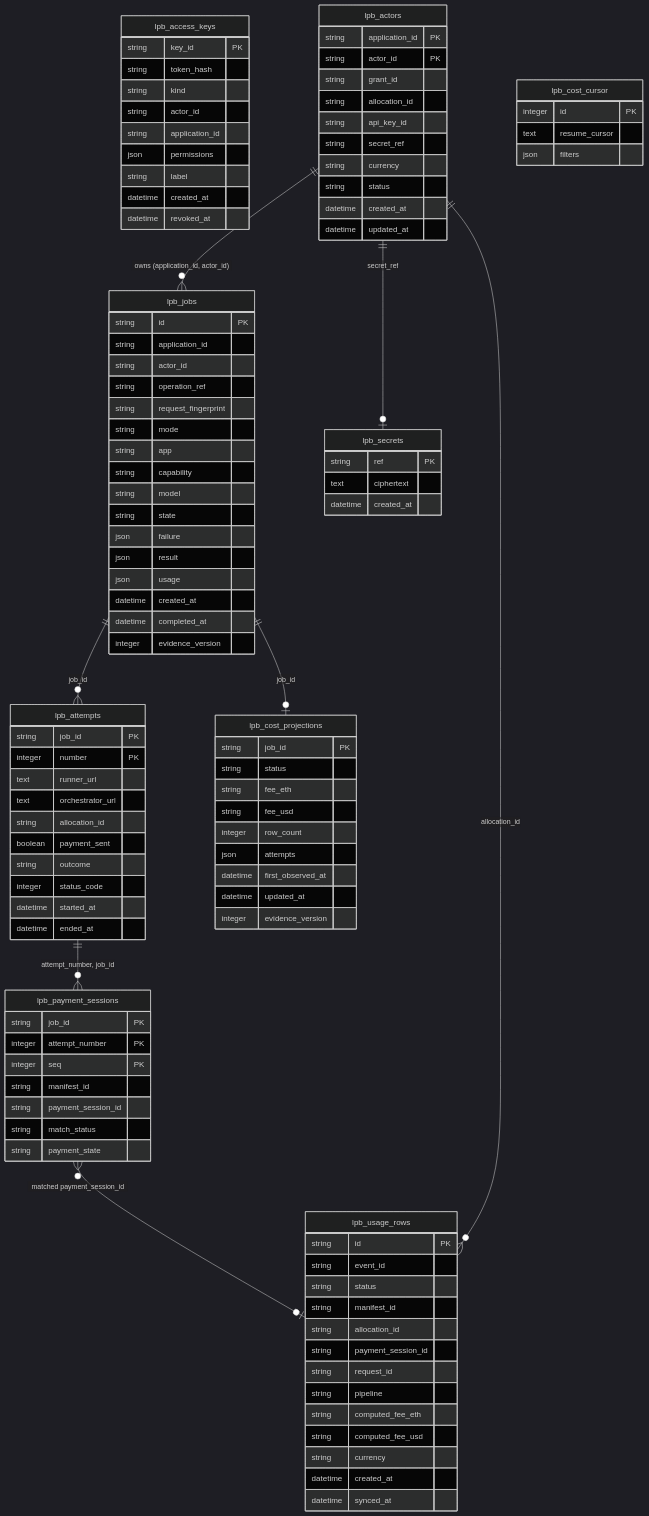
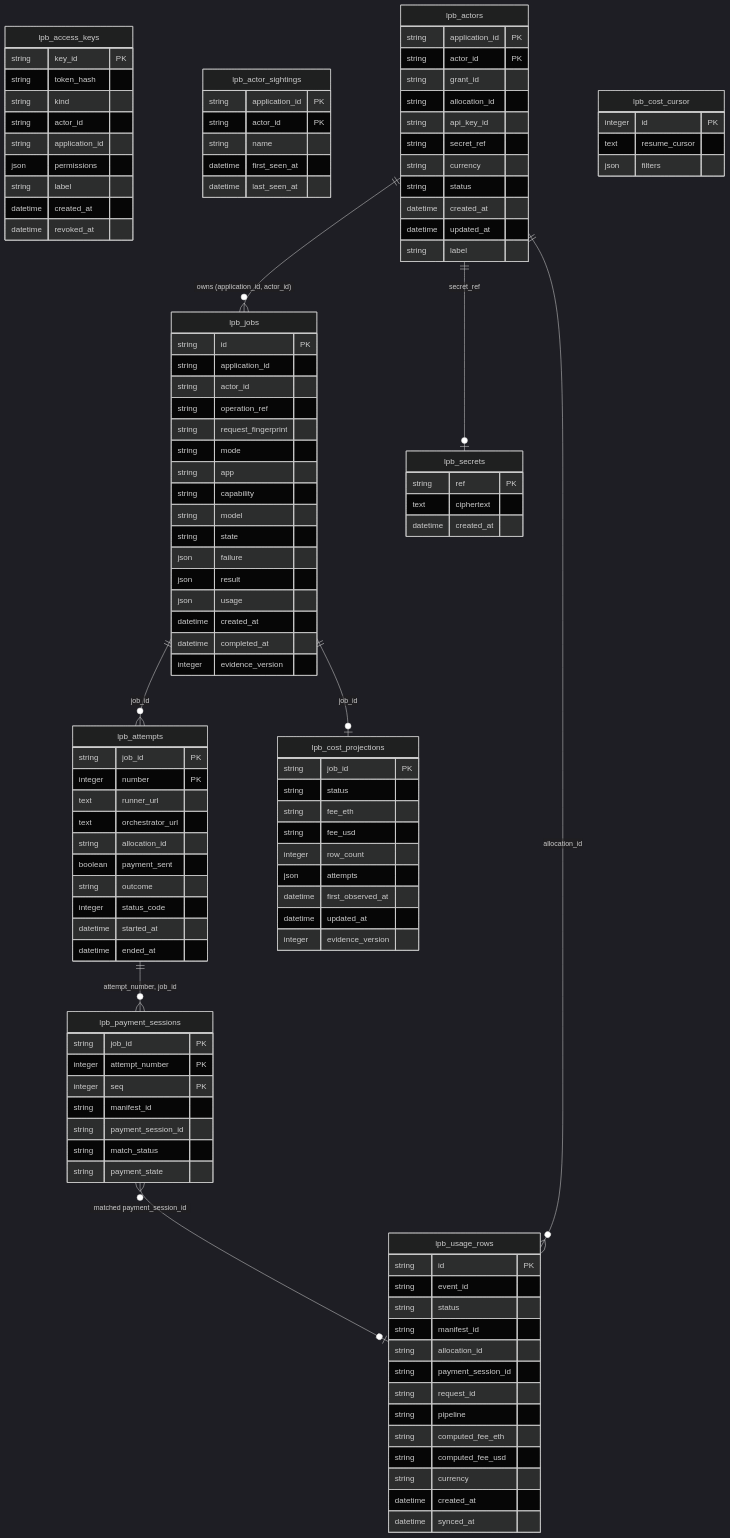
The diagram in docs/generated/db-schema.md (NE-Build-Track/livepeer-builder-core), drawn with Mermaid (dark theme) before and after one commit. The commit also changed other lines of this file and 43 other files, not shown here.

```diff
--- a/docs/generated/db-schema.md
+++ b/docs/generated/db-schema.md
@@ -18,6 +18,13 @@
         datetime created_at
         datetime revoked_at
     }
+    lpb_actor_sightings {
+        string application_id PK
+        string actor_id PK
+        string name
+        datetime first_seen_at
+        datetime last_seen_at
+    }
     lpb_actors {
         string application_id PK
         string actor_id PK
@@ -29,6 +36,7 @@
         string status
         datetime created_at
         datetime updated_at
+        string label
     }
     lpb_attempts {
         string job_id PK
```
